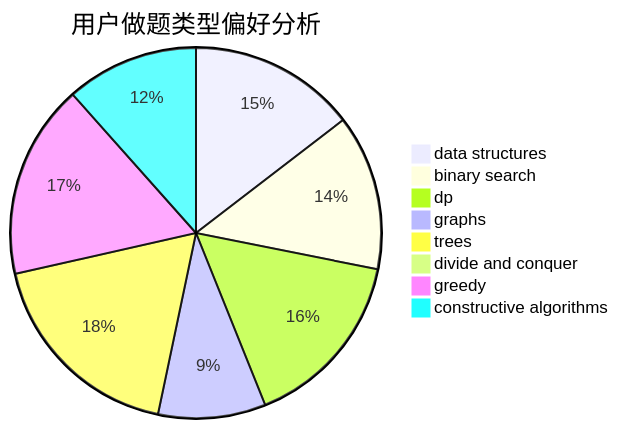
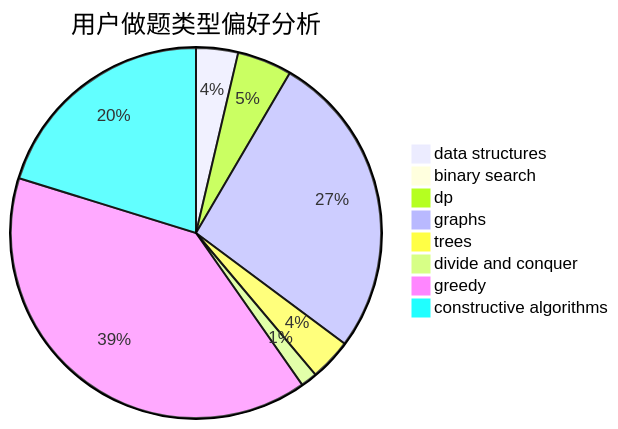
Before and after one commit to sherpahu/cfrs.github.io: the second of 3 diagrams in docs/user/u372.md, drawn with Mermaid. The commit also changed other lines of this file and 2770 other files, not shown here.

````diff
--- a/docs/user/u372.md
+++ b/docs/user/u372.md
@@ -23,11 +23,11 @@
 ```mermaid
 pie title 用户做题类型偏好分析
-    "data structures" :  73
-    "binary search" :  68
-    "dp" :  79
-    "graphs" :  47
-    "trees" :  91
-    "divide and conquer" :  0
-    "greedy" :  85
-    "constructive algorithms" :  58
+    "data structures" :  23
+    "binary search" :  0
+    "dp" :  30
+    "graphs" :  168
+    "trees" :  23
+    "divide and conquer" :  9
+    "greedy" :  248
+    "constructive algorithms" :  127
 ```
````
